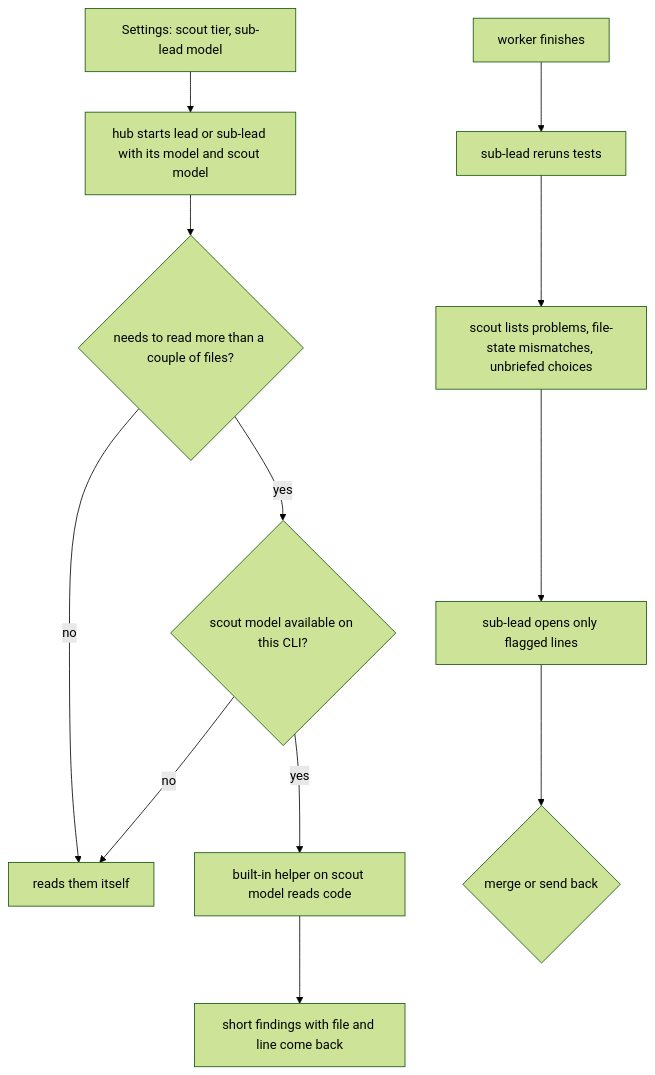
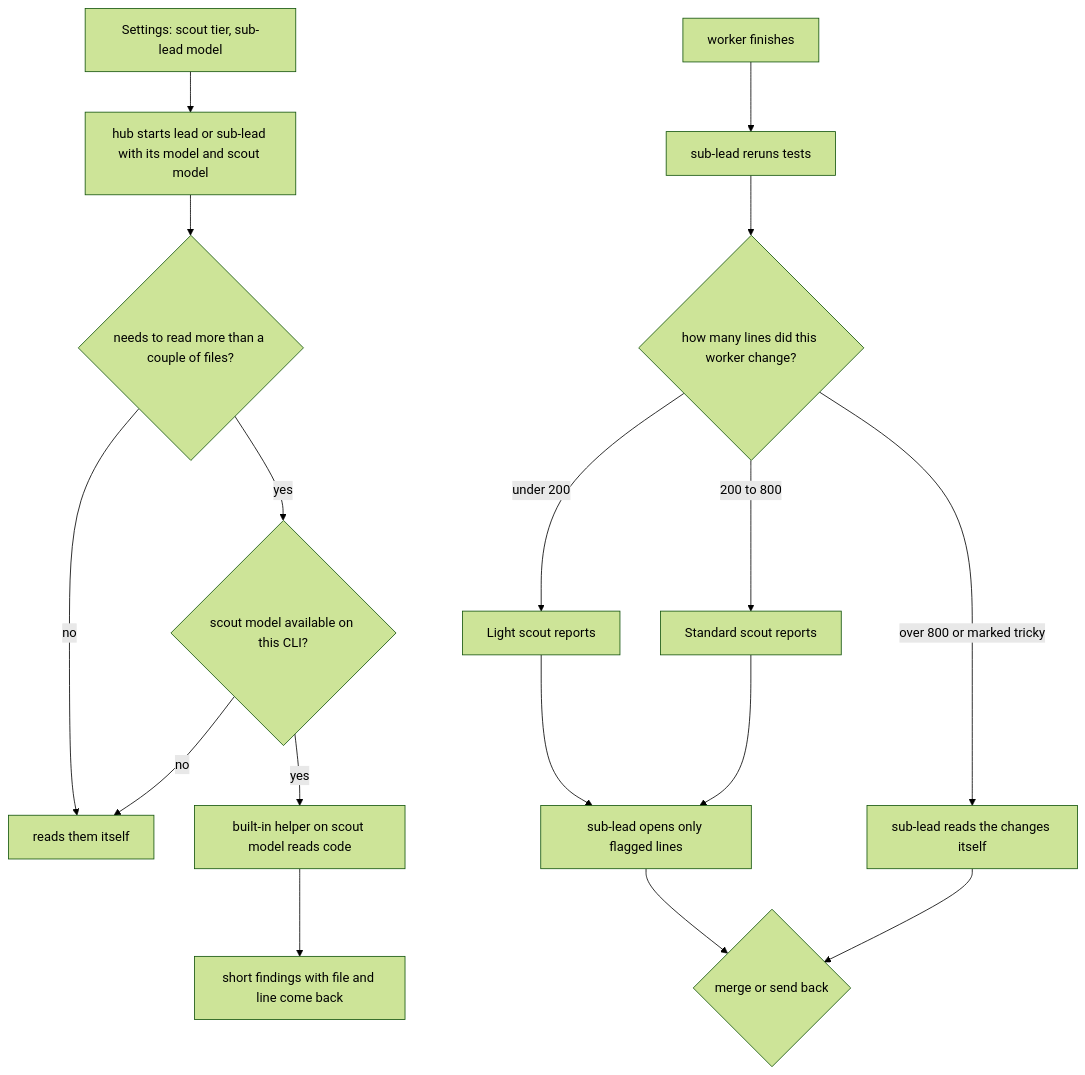
One commit to brilliantshine/wheelchair changed the diagram in docs/plans/token-efficiency/PLAN.md. Above: the diagram before and after it, drawn with Mermaid (forest theme). The commit also changed other lines of this file, not shown here.

Commit message:
token-efficiency: re-approved

````diff
--- a/docs/plans/token-efficiency/PLAN.md
+++ b/docs/plans/token-efficiency/PLAN.md
@@ -43,14 +43,19 @@
 ```mermaid
 flowchart TD
   A[Settings: scout tier, sub-lead model] --> B[hub starts lead or sub-lead with its model and scout model]
   B --> C{needs to read more than a couple of files?}
   C -- no --> D[reads them itself]
   C -- yes --> E{scout model available on this CLI?}
   E -- no --> D
   E -- yes --> F[built-in helper on scout model reads code]
   F --> G[short findings with file and line come back]
   H[worker finishes] --> I[sub-lead reruns tests]
-  I --> J[scout lists problems, file-state mismatches, unbriefed choices]
-  J --> K[sub-lead opens only flagged lines]
-  K --> L{merge or send back}
+  I --> J{how many lines did this worker change?}
+  J -- under 200 --> K[Light scout reports]
+  J -- 200 to 800 --> M[Standard scout reports]
+  J -- over 800 or marked tricky --> N[sub-lead reads the changes itself]
+  K --> O[sub-lead opens only flagged lines]
+  M --> O
+  O --> P{merge or send back}
+  N --> P
 ```
````
